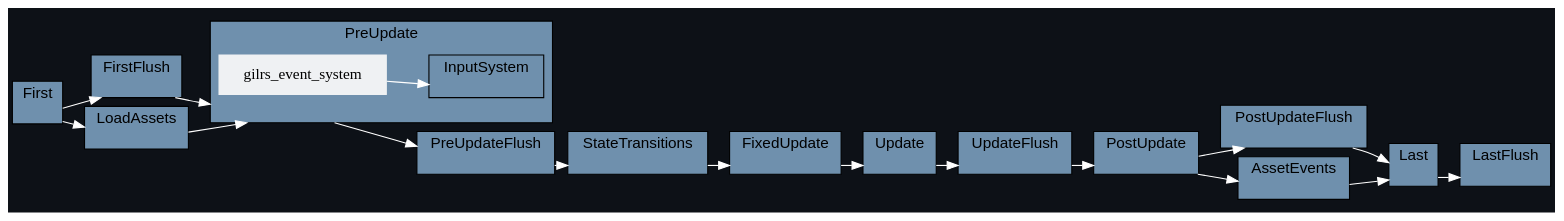
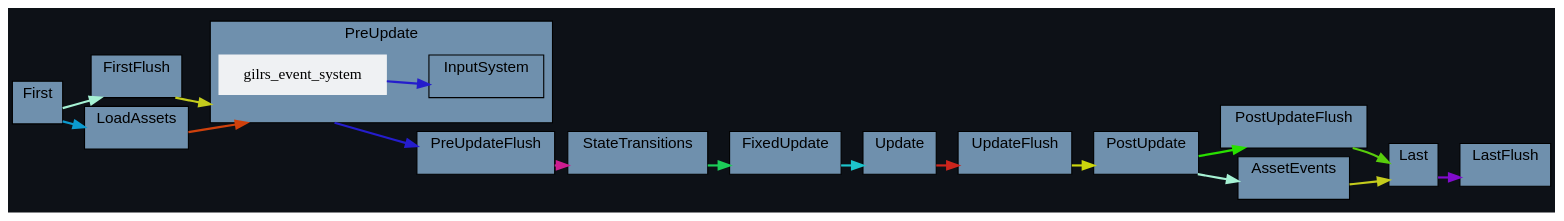
One commit to jakobhellermann/bevy_mod_debugdump changed the diagram in docs/by-crate/dark/schedule_Main_bevy_gilrs.dot. Above: the diagram before and after it, drawn with Graphviz. The commit also changed 99 other files, not shown here.

```diff
--- a/docs/by-crate/dark/schedule_Main_bevy_gilrs.dot
+++ b/docs/by-crate/dark/schedule_Main_bevy_gilrs.dot
@@ -1,116 +1,146 @@
-digraph "schedule" {
+digraph "" {
 	"compound"="true";
 	"splines"="spline";
 	"rankdir"="LR";
 	"bgcolor"="#0d1117";
 	"fontname"="Helvetica";
+	edge ["penwidth"="2"];
 	node ["shape"="box", "style"="filled", "fillcolor"="#eff1f3", "color"="#eff1f3"];
-	edge ["color"="white"];
 	subgraph "clusternode_Set(0)" {
 		"label"="Update";
+		"tooltip"="Update";
 		"bgcolor"="#6f90ad";
+		"color"="black";
 		"set_marker_node_Set(0)" ["style"="invis", "label"="", "height"="0", "shape"="point"]
 	}
 	
 	subgraph "clusternode_Set(2)" {
 		"label"="FirstFlush";
+		"tooltip"="FirstFlush";
 		"bgcolor"="#6f90ad";
+		"color"="black";
 		"set_marker_node_Set(2)" ["style"="invis", "label"="", "height"="0", "shape"="point"]
 	}
 	
 	subgraph "clusternode_Set(3)" {
 		"label"="PreUpdateFlush";
+		"tooltip"="PreUpdateFlush";
 		"bgcolor"="#6f90ad";
+		"color"="black";
 		"set_marker_node_Set(3)" ["style"="invis", "label"="", "height"="0", "shape"="point"]
 	}
 	
 	subgraph "clusternode_Set(4)" {
 		"label"="UpdateFlush";
+		"tooltip"="UpdateFlush";
 		"bgcolor"="#6f90ad";
+		"color"="black";
 		"set_marker_node_Set(4)" ["style"="invis", "label"="", "height"="0", "shape"="point"]
 	}
 	
 	subgraph "clusternode_Set(5)" {
 		"label"="PostUpdateFlush";
+		"tooltip"="PostUpdateFlush";
 		"bgcolor"="#6f90ad";
+		"color"="black";
 		"set_marker_node_Set(5)" ["style"="invis", "label"="", "height"="0", "shape"="point"]
 	}
 	
 	subgraph "clusternode_Set(6)" {
 		"label"="LastFlush";
+		"tooltip"="LastFlush";
 		"bgcolor"="#6f90ad";
+		"color"="black";
 		"set_marker_node_Set(6)" ["style"="invis", "label"="", "height"="0", "shape"="point"]
 	}
 	
 	subgraph "clusternode_Set(7)" {
 		"label"="First";
+		"tooltip"="First";
 		"bgcolor"="#6f90ad";
+		"color"="black";
 		"set_marker_node_Set(7)" ["style"="invis", "label"="", "height"="0", "shape"="point"]
 	}
 	
 	subgraph "clusternode_Set(8)" {
 		"label"="PreUpdate";
+		"tooltip"="PreUpdate";
 		"bgcolor"="#6f90ad";
+		"color"="black";
 		"set_marker_node_Set(8)" ["style"="invis", "label"="", "height"="0", "shape"="point"]
 		subgraph "clusternode_Set(24)" {
 			"label"="InputSystem";
+			"tooltip"="InputSystem";
 			"bgcolor"="#6f90ad";
+			"color"="black";
 			"set_marker_node_Set(24)" ["style"="invis", "label"="", "height"="0", "shape"="point"]
 		}
 		
-		"node_System(131)" ["label"="gilrs_event_system"]
+		"node_System(131)" ["label"="gilrs_event_system", "tooltip"="bevy_gilrs::gilrs_system::gilrs_event_system"]
 	}
 	
 	subgraph "clusternode_Set(9)" {
 		"label"="StateTransitions";
+		"tooltip"="StateTransitions";
 		"bgcolor"="#6f90ad";
+		"color"="black";
 		"set_marker_node_Set(9)" ["style"="invis", "label"="", "height"="0", "shape"="point"]
 	}
 	
 	subgraph "clusternode_Set(10)" {
 		"label"="FixedUpdate";
+		"tooltip"="FixedUpdate";
 		"bgcolor"="#6f90ad";
+		"color"="black";
 		"set_marker_node_Set(10)" ["style"="invis", "label"="", "height"="0", "shape"="point"]
 	}
 	
 	subgraph "clusternode_Set(11)" {
 		"label"="PostUpdate";
+		"tooltip"="PostUpdate";
 		"bgcolor"="#6f90ad";
+		"color"="black";
 		"set_marker_node_Set(11)" ["style"="invis", "label"="", "height"="0", "shape"="point"]
 	}
 	
 	subgraph "clusternode_Set(12)" {
 		"label"="Last";
+		"tooltip"="Last";
 		"bgcolor"="#6f90ad";
+		"color"="black";
 		"set_marker_node_Set(12)" ["style"="invis", "label"="", "height"="0", "shape"="point"]
 	}
 	
 	subgraph "clusternode_Set(58)" {
 		"label"="LoadAssets";
+		"tooltip"="LoadAssets";
 		"bgcolor"="#6f90ad";
+		"color"="black";
 		"set_marker_node_Set(58)" ["style"="invis", "label"="", "height"="0", "shape"="point"]
 	}
 	
 	subgraph "clusternode_Set(59)" {
 		"label"="AssetEvents";
+		"tooltip"="AssetEvents";
 		"bgcolor"="#6f90ad";
+		"color"="black";
 		"set_marker_node_Set(59)" ["style"="invis", "label"="", "height"="0", "shape"="point"]
 	}
 	
-	"set_marker_node_Set(7)" -> "set_marker_node_Set(2)" ["lhead"="clusternode_Set(2)", "ltail"="clusternode_Set(7)"]
-	"set_marker_node_Set(2)" -> "set_marker_node_Set(8)" ["lhead"="clusternode_Set(8)", "ltail"="clusternode_Set(2)"]
-	"set_marker_node_Set(8)" -> "set_marker_node_Set(3)" ["lhead"="clusternode_Set(3)", "ltail"="clusternode_Set(8)"]
-	"set_marker_node_Set(3)" -> "set_marker_node_Set(9)" ["lhead"="clusternode_Set(9)", "ltail"="clusternode_Set(3)"]
-	"set_marker_node_Set(9)" -> "set_marker_node_Set(10)" ["lhead"="clusternode_Set(10)", "ltail"="clusternode_Set(9)"]
-	"set_marker_node_Set(10)" -> "set_marker_node_Set(0)" ["lhead"="clusternode_Set(0)", "ltail"="clusternode_Set(10)"]
-	"set_marker_node_Set(0)" -> "set_marker_node_Set(4)" ["lhead"="clusternode_Set(4)", "ltail"="clusternode_Set(0)"]
-	"set_marker_node_Set(4)" -> "set_marker_node_Set(11)" ["lhead"="clusternode_Set(11)", "ltail"="clusternode_Set(4)"]
-	"set_marker_node_Set(11)" -> "set_marker_node_Set(5)" ["lhead"="clusternode_Set(5)", "ltail"="clusternode_Set(11)"]
-	"set_marker_node_Set(5)" -> "set_marker_node_Set(12)" ["lhead"="clusternode_Set(12)", "ltail"="clusternode_Set(5)"]
-	"set_marker_node_Set(12)" -> "set_marker_node_Set(6)" ["lhead"="clusternode_Set(6)", "ltail"="clusternode_Set(12)"]
-	"set_marker_node_Set(58)" -> "set_marker_node_Set(8)" ["lhead"="clusternode_Set(8)", "ltail"="clusternode_Set(58)"]
-	"set_marker_node_Set(7)" -> "set_marker_node_Set(58)" ["lhead"="clusternode_Set(58)", "ltail"="clusternode_Set(7)"]
-	"set_marker_node_Set(11)" -> "set_marker_node_Set(59)" ["lhead"="clusternode_Set(59)", "ltail"="clusternode_Set(11)"]
-	"set_marker_node_Set(59)" -> "set_marker_node_Set(12)" ["lhead"="clusternode_Set(12)", "ltail"="clusternode_Set(59)"]
-	"node_System(131)" -> "set_marker_node_Set(24)" ["lhead"="clusternode_Set(24)", "ltail"=""]
+	"set_marker_node_Set(7)" -> "set_marker_node_Set(2)" ["lhead"="clusternode_Set(2)", "ltail"="clusternode_Set(7)", "tooltip"="First → FirstFlush", "color"="#a6f2d4"]
+	"set_marker_node_Set(2)" -> "set_marker_node_Set(8)" ["lhead"="clusternode_Set(8)", "ltail"="clusternode_Set(2)", "tooltip"="FirstFlush → PreUpdate", "color"="#c4cc1d"]
+	"set_marker_node_Set(8)" -> "set_marker_node_Set(3)" ["lhead"="clusternode_Set(3)", "ltail"="clusternode_Set(8)", "tooltip"="PreUpdate → PreUpdateFlush", "color"="#251dcc"]
+	"set_marker_node_Set(3)" -> "set_marker_node_Set(9)" ["lhead"="clusternode_Set(9)", "ltail"="clusternode_Set(3)", "tooltip"="PreUpdateFlush → StateTransitions", "color"="#cd1d91"]
+	"set_marker_node_Set(9)" -> "set_marker_node_Set(10)" ["lhead"="clusternode_Set(10)", "ltail"="clusternode_Set(9)", "tooltip"="StateTransitions → FixedUpdate", "color"="#1dcd59"]
+	"set_marker_node_Set(10)" -> "set_marker_node_Set(0)" ["lhead"="clusternode_Set(0)", "ltail"="clusternode_Set(10)", "tooltip"="FixedUpdate → Update", "color"="#1dc4cc"]
+	"set_marker_node_Set(0)" -> "set_marker_node_Set(4)" ["lhead"="clusternode_Set(4)", "ltail"="clusternode_Set(0)", "tooltip"="Update → UpdateFlush", "color"="#cc251d"]
+	"set_marker_node_Set(4)" -> "set_marker_node_Set(11)" ["lhead"="clusternode_Set(11)", "ltail"="clusternode_Set(4)", "tooltip"="UpdateFlush → PostUpdate", "color"="#ccd60d"]
+	"set_marker_node_Set(11)" -> "set_marker_node_Set(5)" ["lhead"="clusternode_Set(5)", "ltail"="clusternode_Set(11)", "tooltip"="PostUpdate → PostUpdateFlush", "color"="#29e000"]
+	"set_marker_node_Set(5)" -> "set_marker_node_Set(12)" ["lhead"="clusternode_Set(12)", "ltail"="clusternode_Set(5)", "tooltip"="PostUpdateFlush → Last", "color"="#58cd0c"]
+	"set_marker_node_Set(12)" -> "set_marker_node_Set(6)" ["lhead"="clusternode_Set(6)", "ltail"="clusternode_Set(12)", "tooltip"="Last → LastFlush", "color"="#810ccd"]
+	"set_marker_node_Set(58)" -> "set_marker_node_Set(8)" ["lhead"="clusternode_Set(8)", "ltail"="clusternode_Set(58)", "tooltip"="LoadAssets → PreUpdate", "color"="#cf410c"]
+	"set_marker_node_Set(7)" -> "set_marker_node_Set(58)" ["lhead"="clusternode_Set(58)", "ltail"="clusternode_Set(7)", "tooltip"="First → LoadAssets", "color"="#0c9acf"]
+	"set_marker_node_Set(11)" -> "set_marker_node_Set(59)" ["lhead"="clusternode_Set(59)", "ltail"="clusternode_Set(11)", "tooltip"="PostUpdate → AssetEvents", "color"="#a6f2d4"]
+	"set_marker_node_Set(59)" -> "set_marker_node_Set(12)" ["lhead"="clusternode_Set(12)", "ltail"="clusternode_Set(59)", "tooltip"="AssetEvents → Last", "color"="#c4cc1d"]
+	"node_System(131)" -> "set_marker_node_Set(24)" ["lhead"="clusternode_Set(24)", "ltail"="", "tooltip"="gilrs_event_system → InputSystem", "color"="#251dcc"]
 }
```
